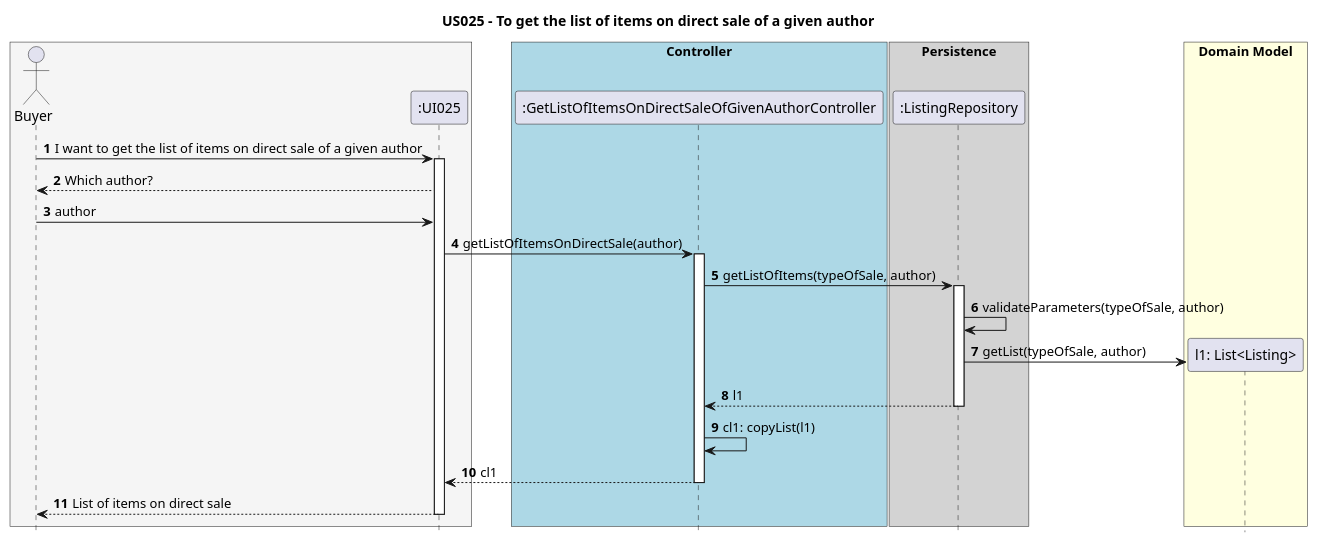
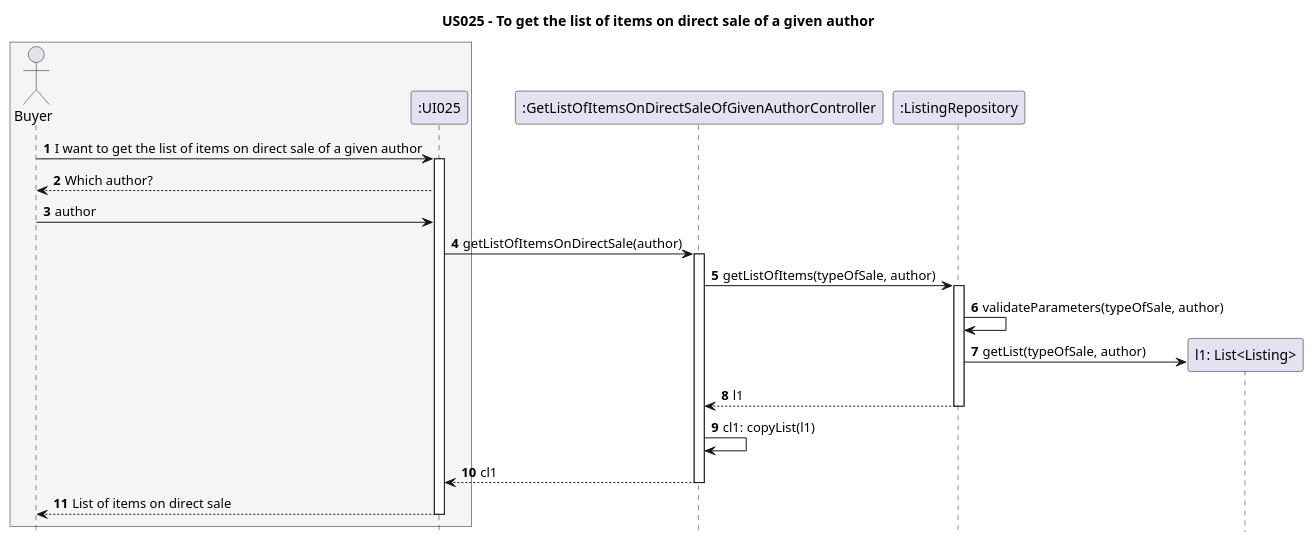
One commit to AndrePereiraGitH/SWitCH-Project-Team_A changed the diagram in Diagrams/SequenceDiagrams/N2/US025-to-get-the-list-of-items-on-direct-sale-of-a-given-author.puml. Above: the diagram before and after it, drawn with PlantUML. The commit also changed 17 other files, not shown here.

```diff
--- a/Diagrams/SequenceDiagrams/N2/US025-to-get-the-list-of-items-on-direct-sale-of-a-given-author.puml
+++ b/Diagrams/SequenceDiagrams/N2/US025-to-get-the-list-of-items-on-direct-sale-of-a-given-author.puml
@@ -1,50 +1,44 @@
 @startuml
 
 hide footbox
 autonumber
 title US025 - To get the list of items on direct sale of a given author
 
 box #WhiteSmoke
 actor Buyer
 participant ":UI025" as UI025
 end box
 
-box "Controller" #LightBlue
 participant ":GetListOfItemsOnDirectSaleOfGivenAuthorController" as GetListOfItemsOnDirectSaleOfGivenAuthorController
-end box
 
-box "Persistence" #LightGrey
 participant ":ListingRepository" as ListingRepository
-end box
 
 Buyer -> UI025 : I want to get the list of items on direct sale of a given author
 activate UI025
 Buyer <-- UI025 : Which author?
 Buyer -> UI025 : author
 
 UI025 -> GetListOfItemsOnDirectSaleOfGivenAuthorController : getListOfItemsOnDirectSale(author)
 activate GetListOfItemsOnDirectSaleOfGivenAuthorController
 
 GetListOfItemsOnDirectSaleOfGivenAuthorController -> ListingRepository : getListOfItems(typeOfSale, author)
 activate ListingRepository
 
 
 ListingRepository -> ListingRepository : validateParameters(typeOfSale, author)
 
-box "Domain Model" #LightYellow
 create "l1: List<Listing>" as Listing
 ListingRepository -> Listing : getList(typeOfSale, author)
-end box
 
 ListingRepository --> GetListOfItemsOnDirectSaleOfGivenAuthorController : l1
 deactivate ListingRepository
 
 GetListOfItemsOnDirectSaleOfGivenAuthorController -> GetListOfItemsOnDirectSaleOfGivenAuthorController : cl1: copyList(l1)
 
 GetListOfItemsOnDirectSaleOfGivenAuthorController --> UI025 : cl1
 deactivate GetListOfItemsOnDirectSaleOfGivenAuthorController
 
 UI025 --> Buyer : List of items on direct sale
 deactivate UI025
 
 @enduml
```
